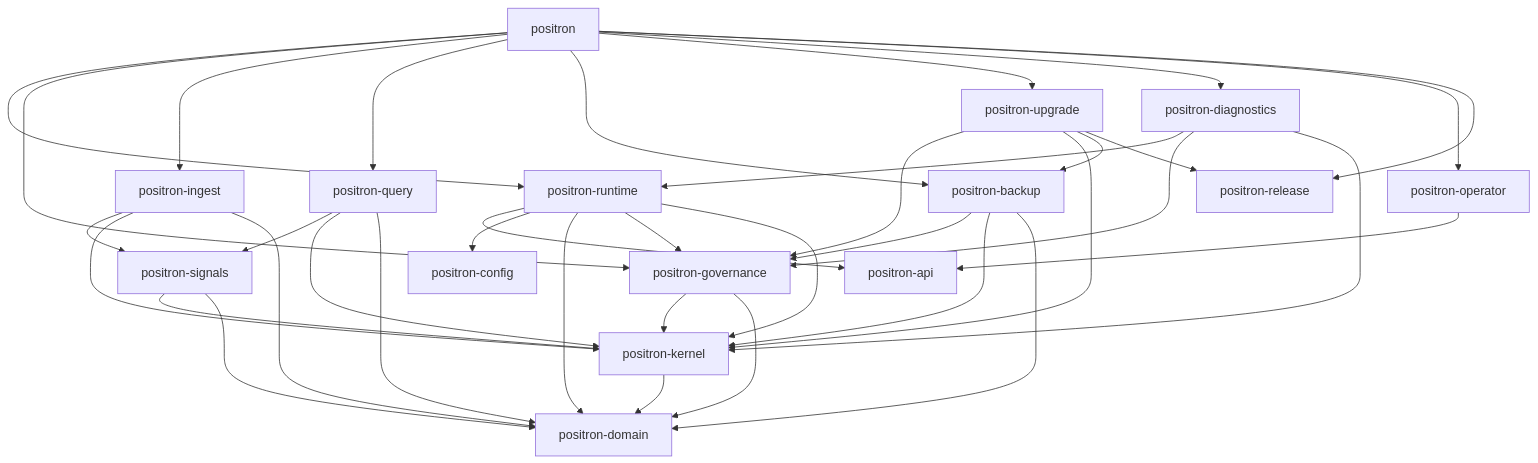
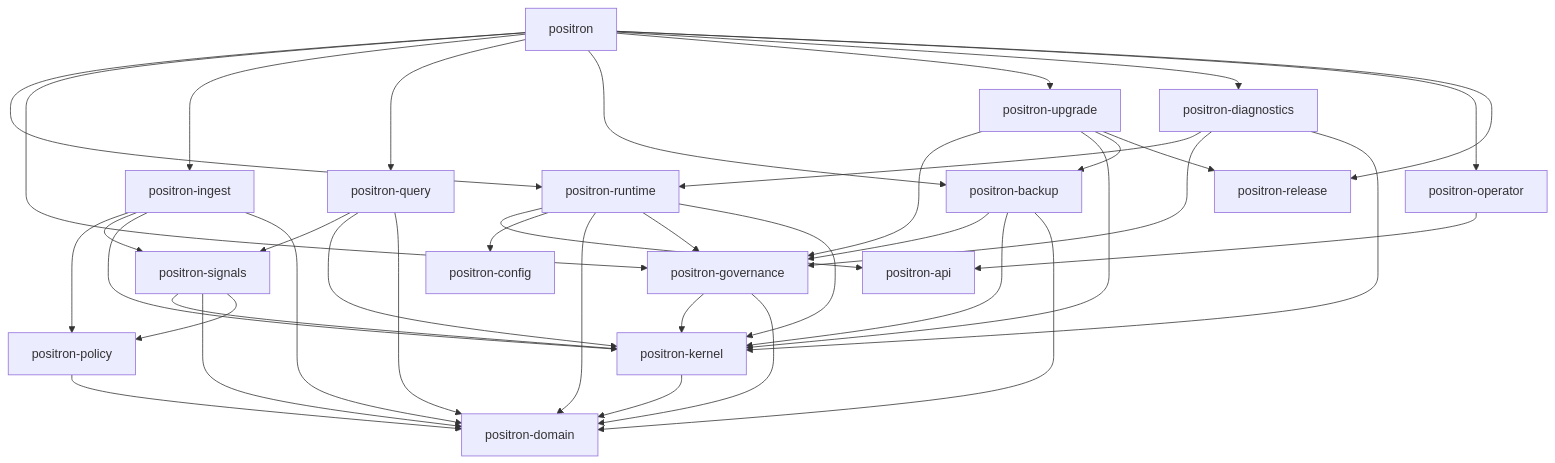
Before and after one commit to guaracloud/positron: the fifth of 5 diagrams in docs/application-design.md, drawn with Mermaid. The commit also changed other lines of this file and 91 other files, not shown here.

First line of the commit message:
M2-05: apply bounded ingest policy before persistence (#184)

````diff
--- a/docs/application-design.md
+++ b/docs/application-design.md
@@ -1238,56 +1239,60 @@
 ```mermaid
 flowchart TD
     app["positron"]
     domain["positron-domain"]
     api["positron-api"]
     config["positron-config"]
     runtime["positron-runtime"]
     kernel["positron-kernel"]
     signals["positron-signals"]
     governance["positron-governance"]
+    policy["positron-policy"]
     ingest["positron-ingest"]
     query["positron-query"]
     backup["positron-backup"]
     upgrade["positron-upgrade"]
     diagnostics["positron-diagnostics"]
     operator["positron-operator"]
     release["positron-release"]
 
     app --> runtime
     app --> governance
     app --> ingest
     app --> query
     app --> backup
     app --> upgrade
     app --> diagnostics
     app --> operator
     app --> release
 
     runtime --> api
     runtime --> config
     runtime --> domain
     runtime --> governance
     runtime --> kernel
     kernel --> domain
     signals --> kernel
     signals --> domain
+    signals --> policy
     governance --> kernel
     governance --> domain
+    policy --> domain
+    ingest --> policy
     ingest --> signals
     ingest --> kernel
     ingest --> domain
     query --> signals
     query --> kernel
     query --> domain
     backup --> governance
     backup --> kernel
     backup --> domain
     upgrade --> governance
     upgrade --> kernel
     upgrade --> backup
     upgrade --> release
     diagnostics --> runtime
     diagnostics --> governance
     diagnostics --> kernel
     operator --> api
 ```
````
